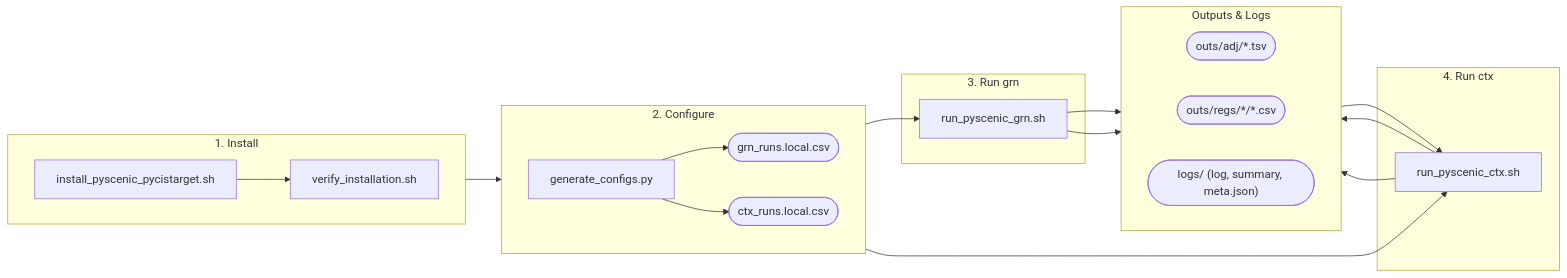
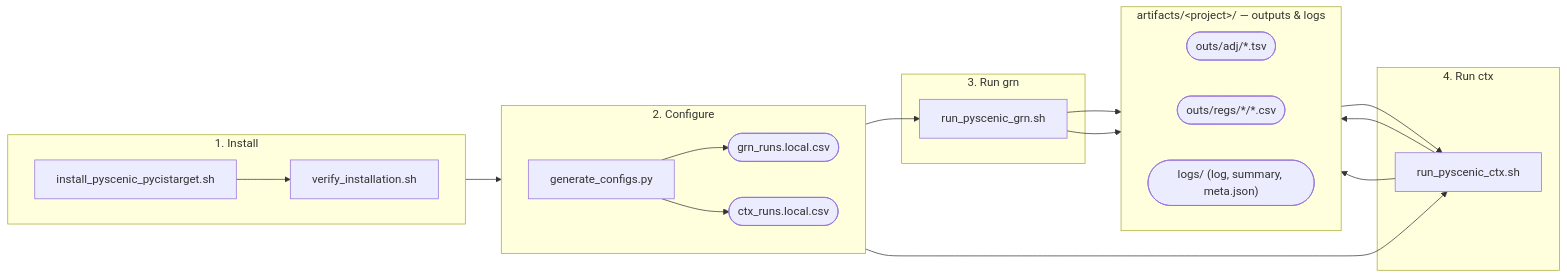
Before and after one commit to JVictorFFernandes/scenic-pipeline-toolkit: the diagram in README.md, drawn with Mermaid. The commit also changed other lines of this file and 1 other file, not shown here.

Commit message:
docs: update README and USER_GUIDE for the artifacts/ layout

````diff
--- a/README.md
+++ b/README.md
@@ -23,34 +23,34 @@
 ```mermaid
 flowchart LR
     subgraph S1["1. Install"]
         direction LR
         Install["install_pyscenic_pycistarget.sh"] --> Verify["verify_installation.sh"]
     end
 
     subgraph S2["2. Configure"]
         direction LR
         Configure["generate_configs.py"] --> GrnCsv(["grn_runs.local.csv"]) & CtxCsv(["ctx_runs.local.csv"])
     end
 
     subgraph S3["3. Run grn"]
         Grn["run_pyscenic_grn.sh"]
     end
 
     subgraph S4["4. Run ctx"]
         Ctx["run_pyscenic_ctx.sh"]
     end
 
-    subgraph S5["Outputs & Logs"]
+    subgraph S5["artifacts/&lt;project&gt;/ — outputs & logs"]
         direction LR
         Adj(["outs/adj/*.tsv"])
         Regulons(["outs/regs/*/*.csv"])
         Telemetry(["logs/ (log, summary, meta.json)"])
     end
 
     S1 --> S2
     GrnCsv --> Grn
     CtxCsv --> Ctx
     Grn --> Adj & Telemetry
     Adj --> Ctx
     Ctx --> Regulons & Telemetry
 ```
````
